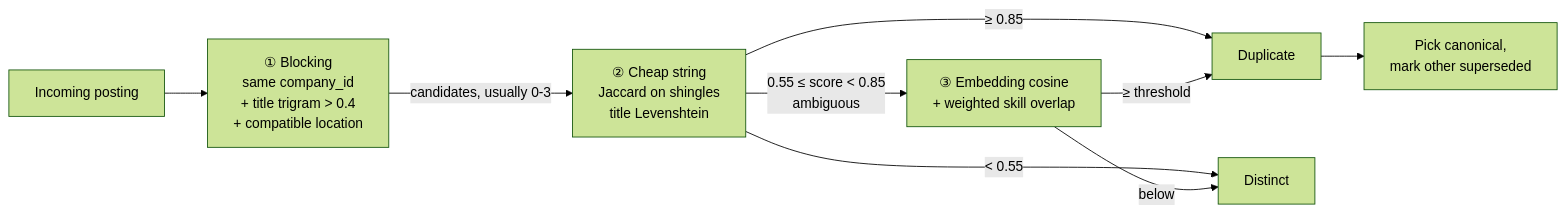
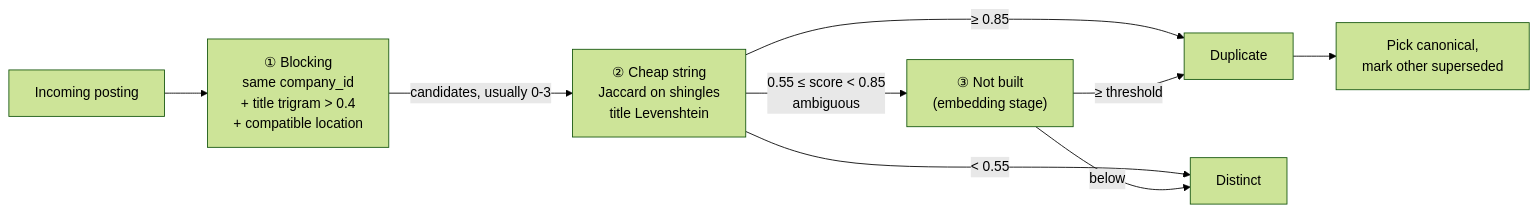
One commit to ergodicregulus/jobtrack changed the second of 2 diagrams in docs/architecture/ingestion-pipeline.md. Above: the diagram before and after it, drawn with Mermaid (forest theme). The commit also changed other lines of this file and 19 other files, not shown here.

````diff
--- a/docs/architecture/ingestion-pipeline.md
+++ b/docs/architecture/ingestion-pipeline.md
@@ -219,12 +219,12 @@
 ```mermaid
 flowchart LR
     IN["Incoming posting"] --> B["① Blocking\nsame company_id\n+ title trigram > 0.4\n+ compatible location"]
     B -->|"candidates, usually 0-3"| S["② Cheap string\nJaccard on shingles\ntitle Levenshtein"]
-    S -->|"0.55 ≤ score < 0.85\nambiguous"| E["③ Embedding cosine\n+ weighted skill overlap"]
+    S -->|"0.55 ≤ score < 0.85\nambiguous"| E["③ Not built\n(embedding stage)"]
     S -->|"≥ 0.85"| DUP["Duplicate"]
     S -->|"< 0.55"| NEW["Distinct"]
     E -->|"≥ threshold"| DUP
     E -->|"below"| NEW
 
     DUP --> CANON["Pick canonical,\nmark other superseded"]
 ```
````
